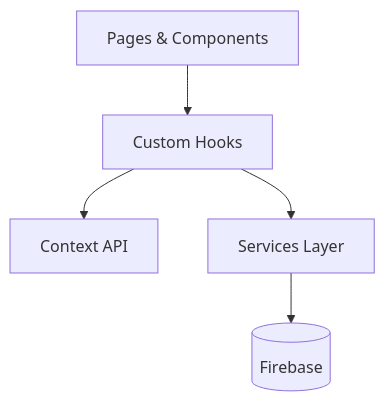
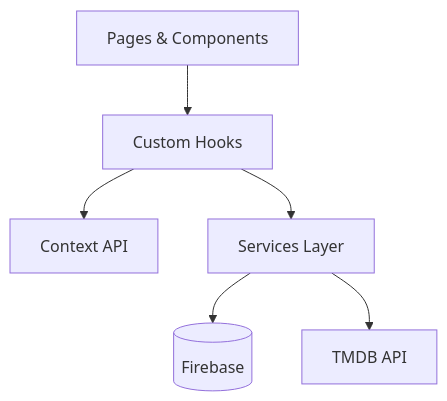
Before and after one commit to wendellmoraisz/nossos-filmes-2.0: the diagram in README.md, drawn with Mermaid. The commit also changed other lines of this file, not shown here.

Commit message:
docs: mention TMDB API in README architecture

````diff
--- a/README.md
+++ b/README.md
@@ -25,7 +27,8 @@
 ```mermaid
 graph TD;
     UI[Pages & Components] --> Hooks[Custom Hooks];
     Hooks --> Context[Context API];
     Hooks --> Services[Services Layer];
     Services --> DB[(Firebase)];
+    Services --> TMDB[TMDB API];
 ```
````
